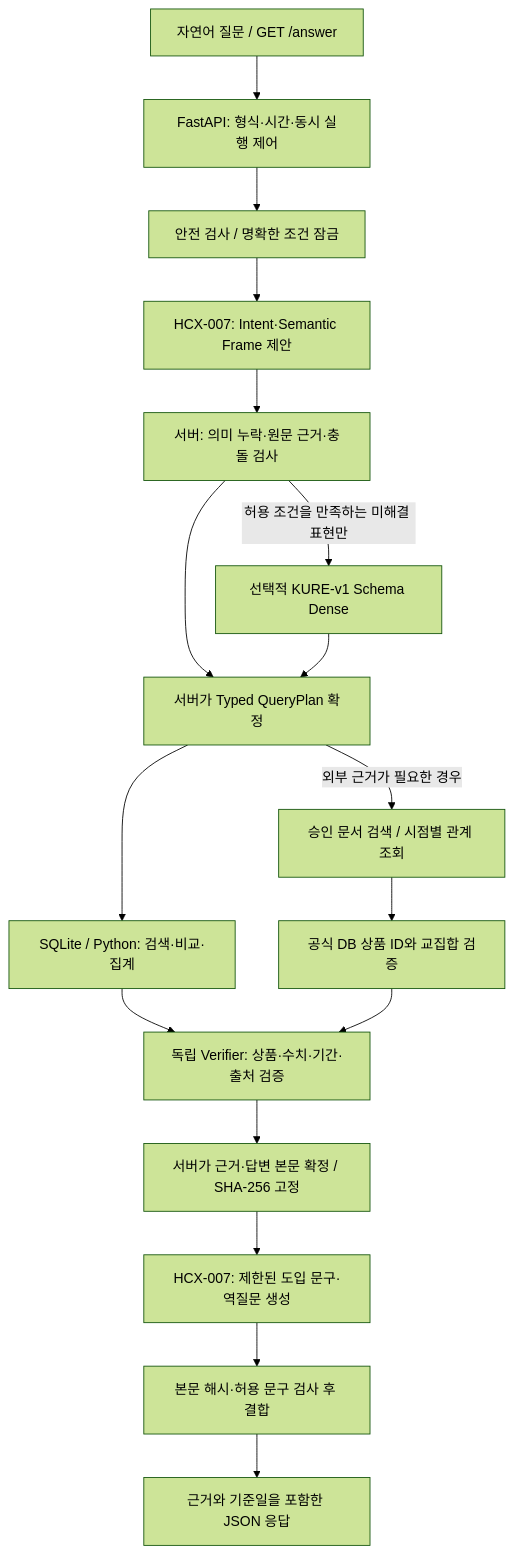
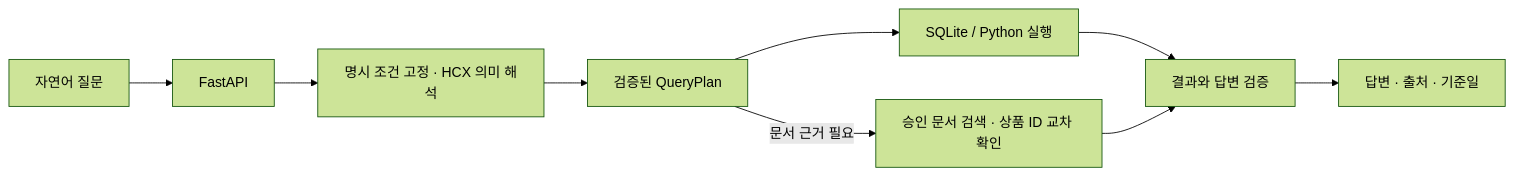
The diagram in README.md (Hyunhoim/gaeng3), drawn with Mermaid (forest theme) before and after one commit. The commit also changed other lines of this file, not shown here.

````diff
--- a/README.md
+++ b/README.md
@@ -42,19 +20,11 @@
 ```mermaid
-flowchart TD
-    Q["자연어 질문 / GET /answer"] --> B["FastAPI: 형식·시간·동시 실행 제어"]
-    B --> S["안전 검사 / 명확한 조건 잠금"]
-    S --> H["HCX-007: Intent·Semantic Frame 제안"]
-    H --> G["서버: 의미 누락·원문 근거·충돌 검사"]
-    G --> P["서버가 Typed QueryPlan 확정"]
-    G -->|허용 조건을 만족하는 미해결 표현만| K["선택적 KURE-v1 Schema Dense"]
-    K --> P
-    P --> O["SQLite / Python: 검색·비교·집계"]
-    P -->|외부 근거가 필요한 경우| D["승인 문서 검색 / 시점별 관계 조회"]
-    D --> J["공식 DB 상품 ID와 교집합 검증"]
-    O --> V["독립 Verifier: 상품·수치·기간·출처 검증"]
-    J --> V
-    V --> E["서버가 근거·답변 본문 확정 / SHA-256 고정"]
-    E --> A["HCX-007: 제한된 도입 문구·역질문 생성"]
-    A --> AV["본문 해시·허용 문구 검사 후 결합"]
-    AV --> OUT["근거와 기준일을 포함한 JSON 응답"]
+flowchart LR
+    Q["자연어 질문"] --> A["FastAPI"]
+    A --> G["명시 조건 고정 · HCX 의미 해석"]
+    G --> P["검증된 QueryPlan"]
+    P --> O["SQLite / Python 실행"]
+    P -->|문서 근거 필요| D["승인 문서 검색 · 상품 ID 교차 확인"]
+    O --> V["결과와 답변 검증"]
+    D --> V
+    V --> R["답변 · 출처 · 기준일"]
 ```
````
